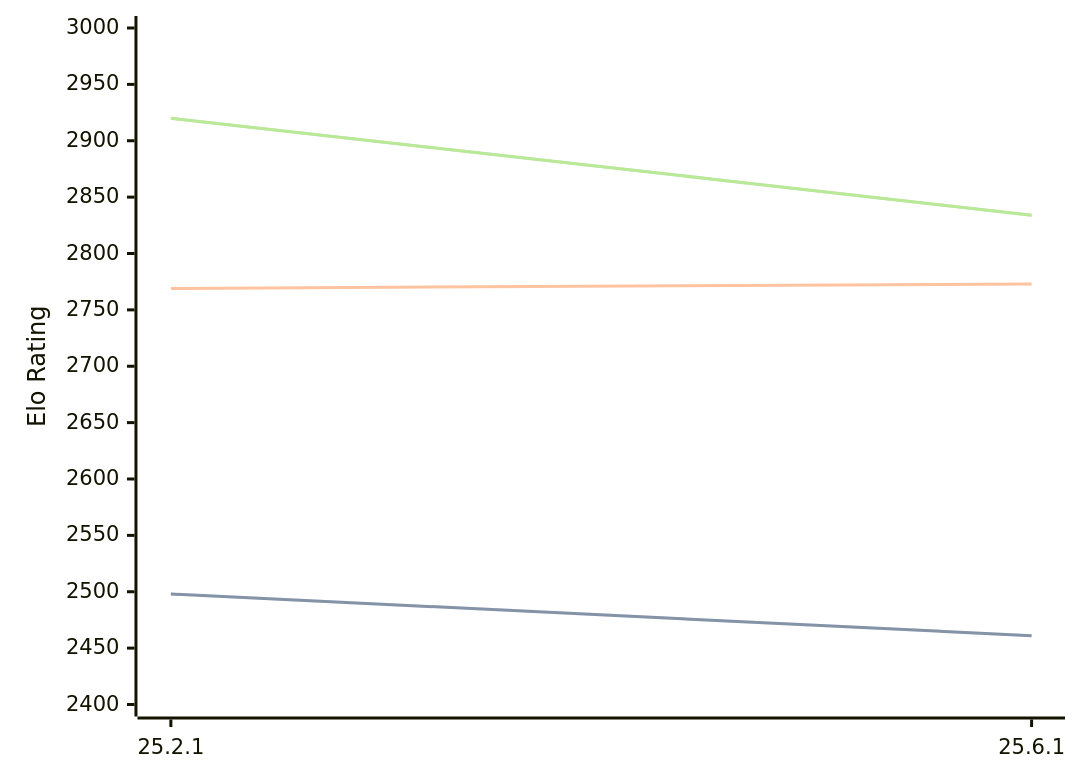
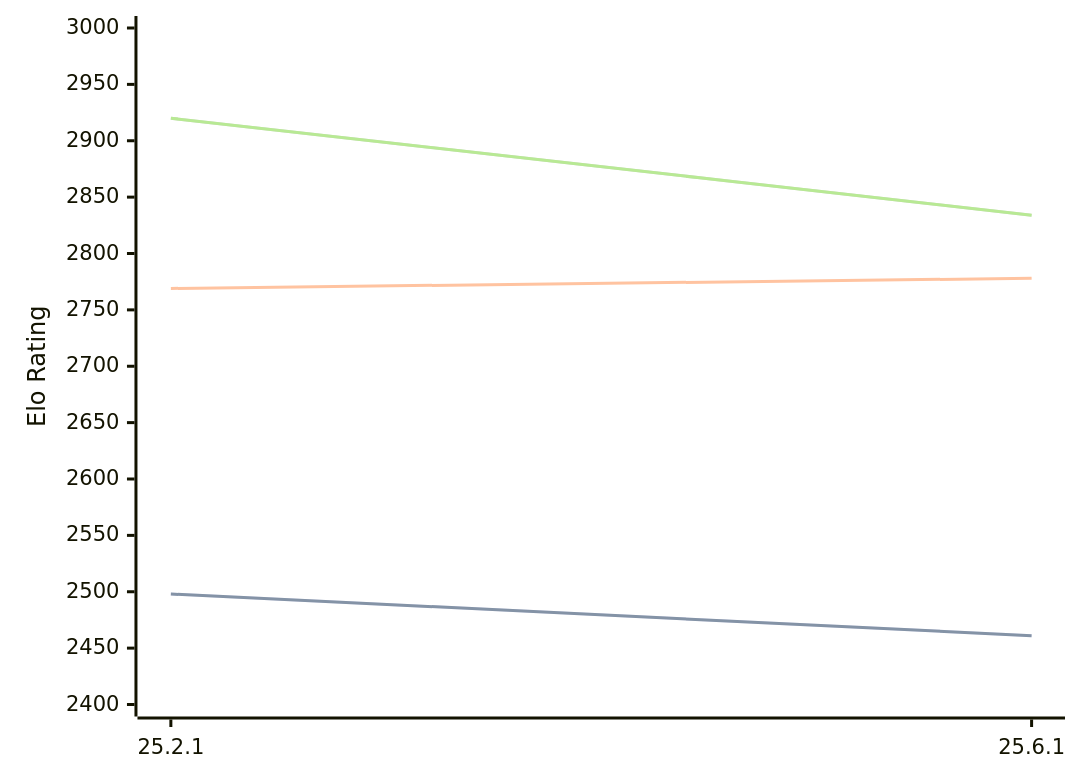
The diagram in engines/Crafty.md (computer-chess-index/cci), drawn with Mermaid before and after one commit. The commit also changed other lines of this file, not shown here.

````diff
--- a/engines/Crafty.md
+++ b/engines/Crafty.md
@@ -32,11 +32,11 @@
 ```mermaid
 %%{init: {"theme":"base","themeVariables":{"seriesColors:['#a3a3a3','#222221','#faa371']}}}%%
 xychart-beta
   x-axis ["25.2.1", "25.6.1"]
   y-axis "Elo Rating" 2400 --> 3000
   line "STC (8.0+0.08s)" [2498, 2461]
   line "STC (8.0+0.08s)" [2498, 2461]
-  line "LTC (60.0+0.60s)" [2769, 2773]
+  line "LTC (60.0+0.60s)" [2769, 2778]
   line "VLTC (2m24s+1.12s)" [2920, 2834]
   line "VLTC (2m24s+1.12s)" [2920, 2834]
 ```
````
